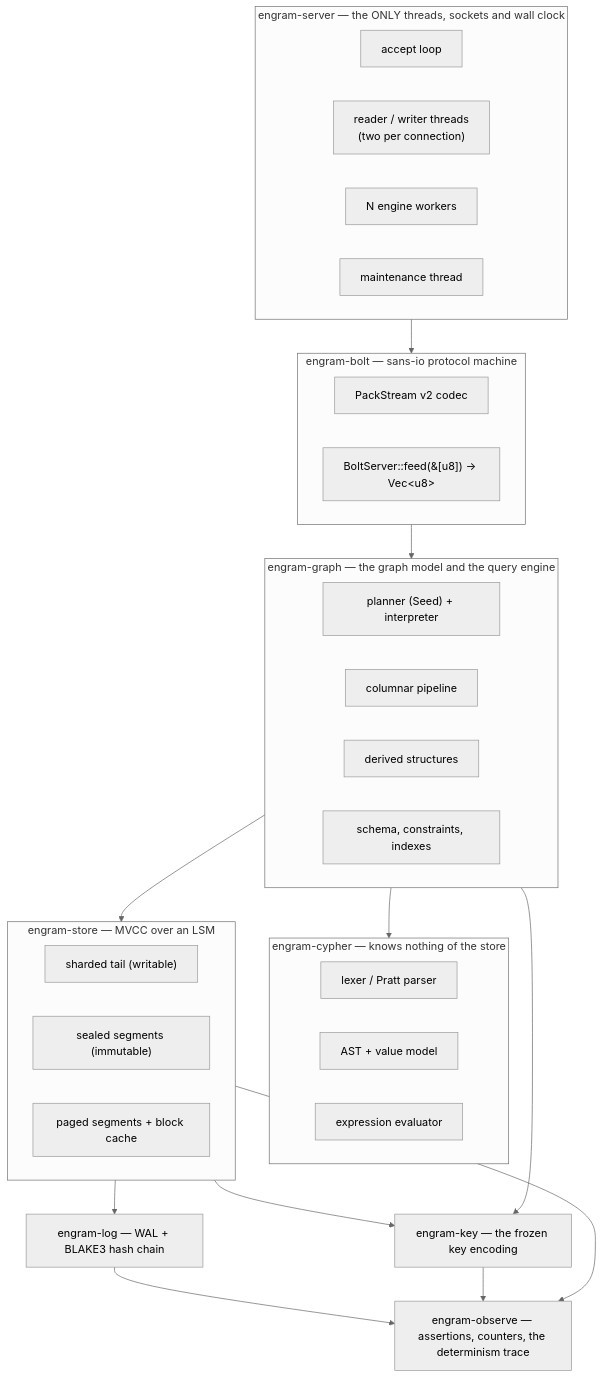
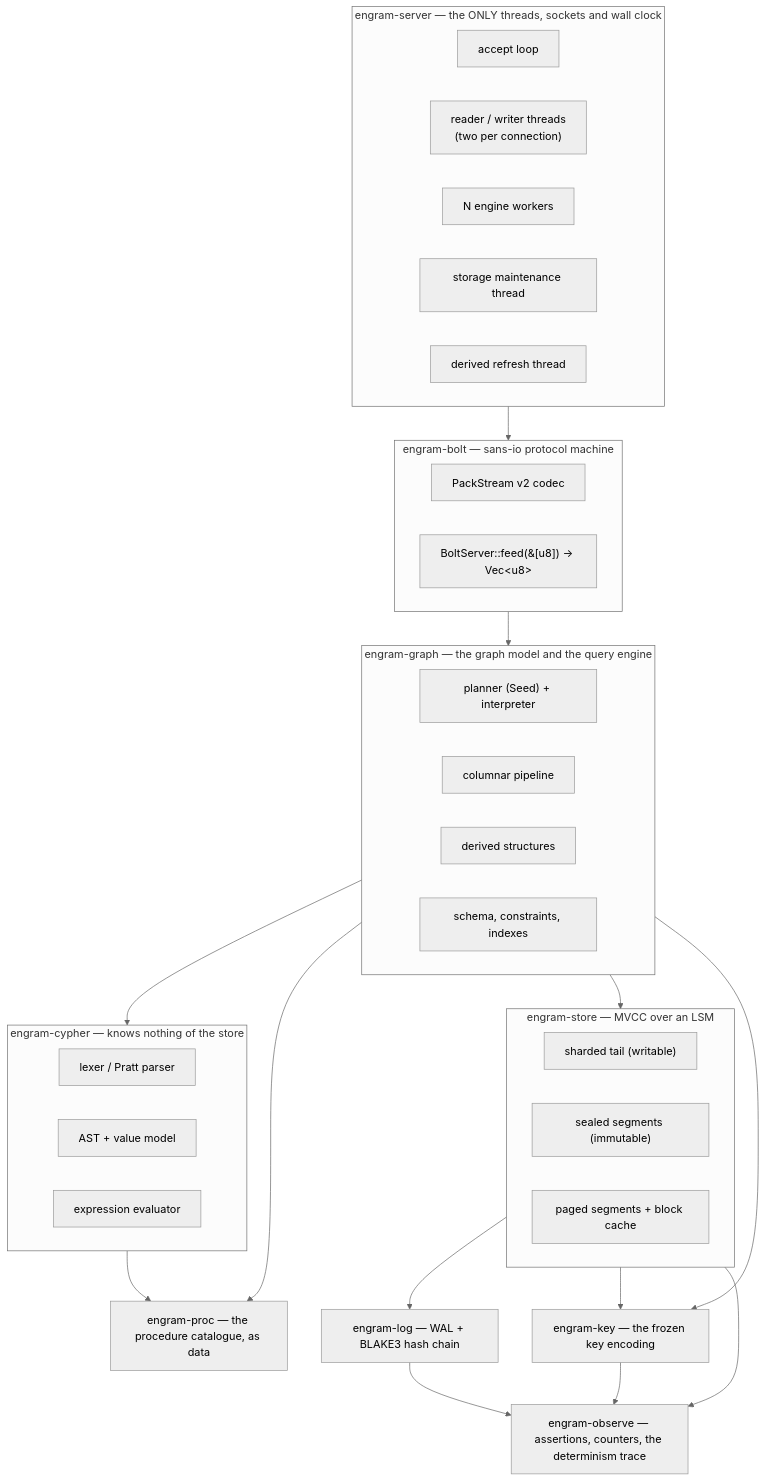
The first of 3 diagrams in docs/book/src/architecture/overview.md (dsamford/engram), drawn with Mermaid (neutral theme) before and after one commit. The commit also changed other lines of this file and 583 other files, not shown here.

````diff
--- a/docs/book/src/architecture/overview.md
+++ b/docs/book/src/architecture/overview.md
@@ -16,42 +16,46 @@
 ```mermaid
 flowchart TB
     subgraph adapter["engram-server — the ONLY threads, sockets and wall clock"]
         A1["accept loop"]
         A2["reader / writer threads<br/>(two per connection)"]
         A3["N engine workers"]
-        A4["maintenance thread"]
+        A4["storage maintenance thread"]
+        A5["derived refresh thread"]
     end
     subgraph wire["engram-bolt — sans-io protocol machine"]
         B1["PackStream v2 codec"]
         B2["BoltServer::feed(&[u8]) -> Vec&lt;u8&gt;"]
     end
     subgraph front["engram-cypher — knows nothing of the store"]
         C1["lexer / Pratt parser"]
         C2["AST + value model"]
         C3["expression evaluator"]
     end
     subgraph engine["engram-graph — the graph model and the query engine"]
         G1["planner (Seed) + interpreter"]
         G2["columnar pipeline"]
         G3["derived structures"]
         G4["schema, constraints, indexes"]
     end
     subgraph storage["engram-store — MVCC over an LSM"]
         S1["sharded tail (writable)"]
         S2["sealed segments (immutable)"]
         S3["paged segments + block cache"]
     end
     L["engram-log — WAL + BLAKE3 hash chain"]
     K["engram-key — the frozen key encoding"]
     O["engram-observe — assertions, counters, the determinism trace"]
+    P["engram-proc — the procedure catalogue, as data"]
 
     adapter --> wire --> engine
     engine --> front
+    engine --> P
+    front --> P
     engine --> storage
     storage --> L
     storage --> K
     engine --> K
     L --> O
     K --> O
     storage --> O
 ```
````
